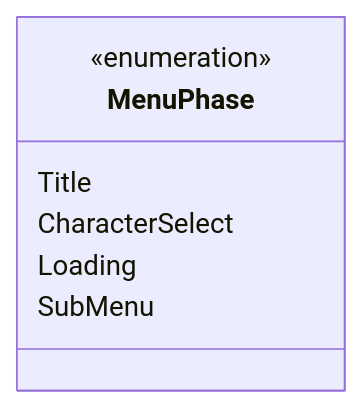
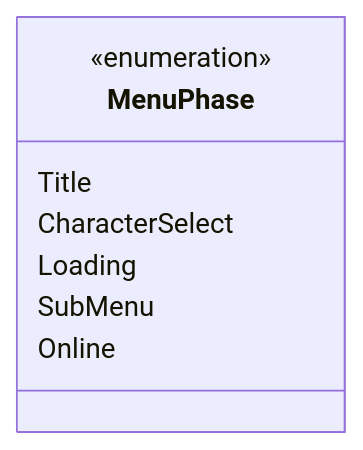
One commit to Chacashi/Alien-Farms changed the diagram in Docs/Arquitectura/Clases/Menu/MenuPhase.md. Above: the diagram before and after it, drawn with Mermaid. The commit also changed other lines of this file and 257 other files, not shown here.

````diff
--- a/Docs/Arquitectura/Clases/Menu/MenuPhase.md
+++ b/Docs/Arquitectura/Clases/Menu/MenuPhase.md
@@ -15,12 +15,13 @@
 ```mermaid
 classDiagram
   direction LR
   class MenuPhase {
     <<enumeration>>
     Title
     CharacterSelect
     Loading
     SubMenu
+    Online
   }
   classDef external fill:#eee,stroke:#999,stroke-dasharray: 4 3,color:#555
 ```
````
